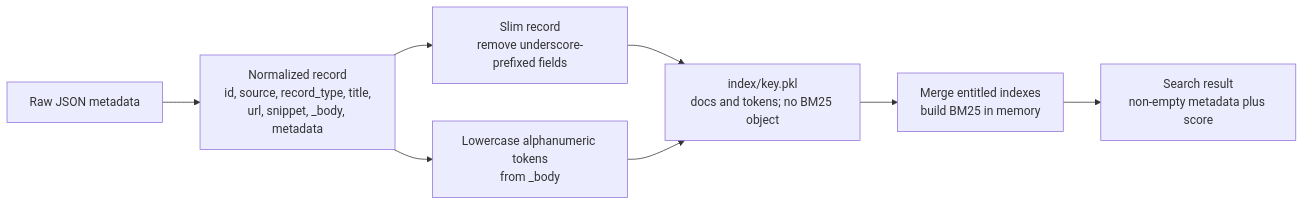
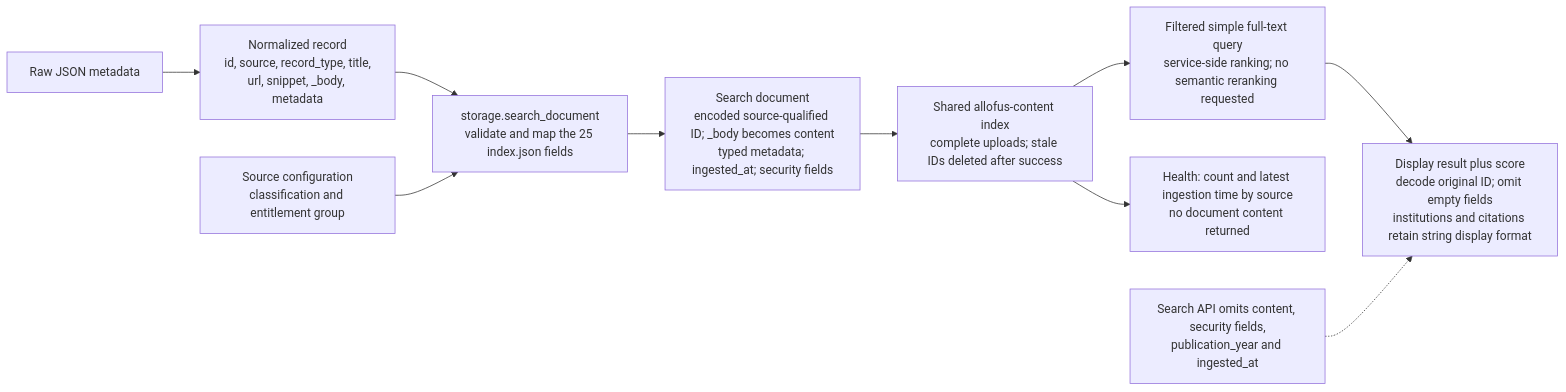
The diagram in docs/diagrams/5-record-lifecycle.mmd (SteveCInVA/AllofUs-Agent), drawn with Mermaid before and after one commit. The commit also changed 15 other files, not shown here.

Commit message:
fixes to diagrams

```diff
--- a/docs/diagrams/5-record-lifecycle.mmd
+++ b/docs/diagrams/5-record-lifecycle.mmd
@@ -1,8 +1,10 @@
 flowchart LR
     RAW["Raw JSON metadata"] --> NORM["Normalized record<br/>id, source, record_type, title,<br/>url, snippet, _body, metadata"]
-    NORM --> STORE["Slim record<br/>remove underscore-prefixed fields"]
-    NORM --> TOK["Lowercase alphanumeric tokens<br/>from _body"]
-    STORE --> IDX["index/key.pkl<br/>docs and tokens; no BM25 object"]
-    TOK --> IDX
-    IDX --> ENG["Merge entitled indexes<br/>build BM25 in memory"]
-    ENG --> HIT["Search result<br/>non-empty metadata plus score"]
+    NORM --> MAP["storage.search_document<br/>validate and map the 25 index.json fields"]
+    CONFIG["Source configuration<br/>classification and entitlement group"] --> MAP
+    MAP --> DOC["Search document<br/>encoded source-qualified ID; _body becomes content<br/>typed metadata; ingested_at; security fields"]
+    DOC --> IDX["Shared allofus-content index<br/>complete uploads; stale IDs deleted after success"]
+    IDX --> QUERY["Filtered simple full-text query<br/>service-side ranking; no semantic reranking requested"]
+    QUERY --> HIT["Display result plus score<br/>decode original ID; omit empty fields<br/>institutions and citations retain string display format"]
+    IDX --> HEALTH["Health: count and latest ingestion time by source<br/>no document content returned"]
+    HIDDEN["Search API omits content, security fields,<br/>publication_year and ingested_at"] -.-> HIT
```
